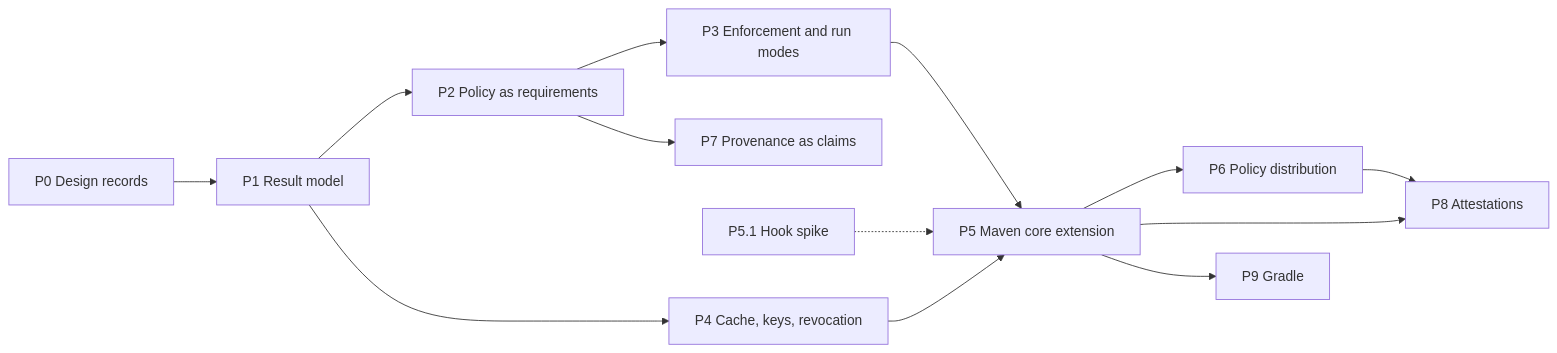
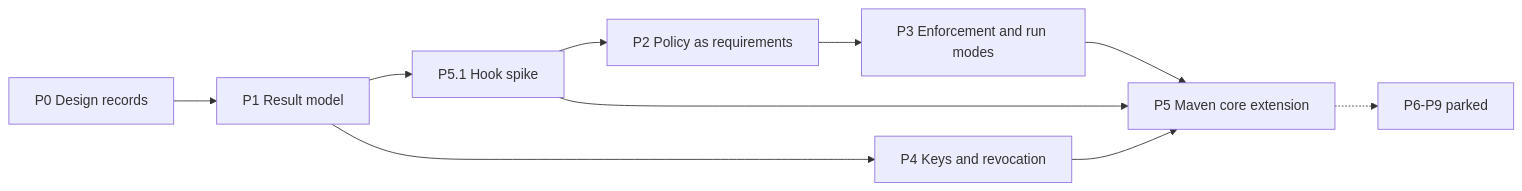
The diagram in docs/sigmund-verification-roadmap.md (aloubyansky/sigmund), drawn with Mermaid before and after one commit. The commit also changed other lines of this file and 5 other files, not shown here.

````diff
--- a/docs/sigmund-verification-roadmap.md
+++ b/docs/sigmund-verification-roadmap.md
@@ -69,15 +71,12 @@
 ```mermaid
 flowchart LR
   P0[P0 Design records] --> P1[P1 Result model]
-  P1 --> P2[P2 Policy as requirements]
+  P1 --> S[P5.1 Hook spike]
+  S --> P2[P2 Policy as requirements]
   P2 --> P3[P3 Enforcement and run modes]
-  P1 --> P4[P4 Cache, keys, revocation]
+  P1 --> P4[P4 Keys and revocation]
   P3 --> P5[P5 Maven core extension]
   P4 --> P5
-  S[P5.1 Hook spike] -.-> P5
-  P5 --> P6[P6 Policy distribution]
-  P2 --> P7[P7 Provenance as claims]
-  P5 --> P8[P8 Attestations]
-  P6 --> P8
-  P5 --> P9[P9 Gradle]
+  S --> P5
+  P5 -.-> X[P6-P9 parked]
 ```
````
